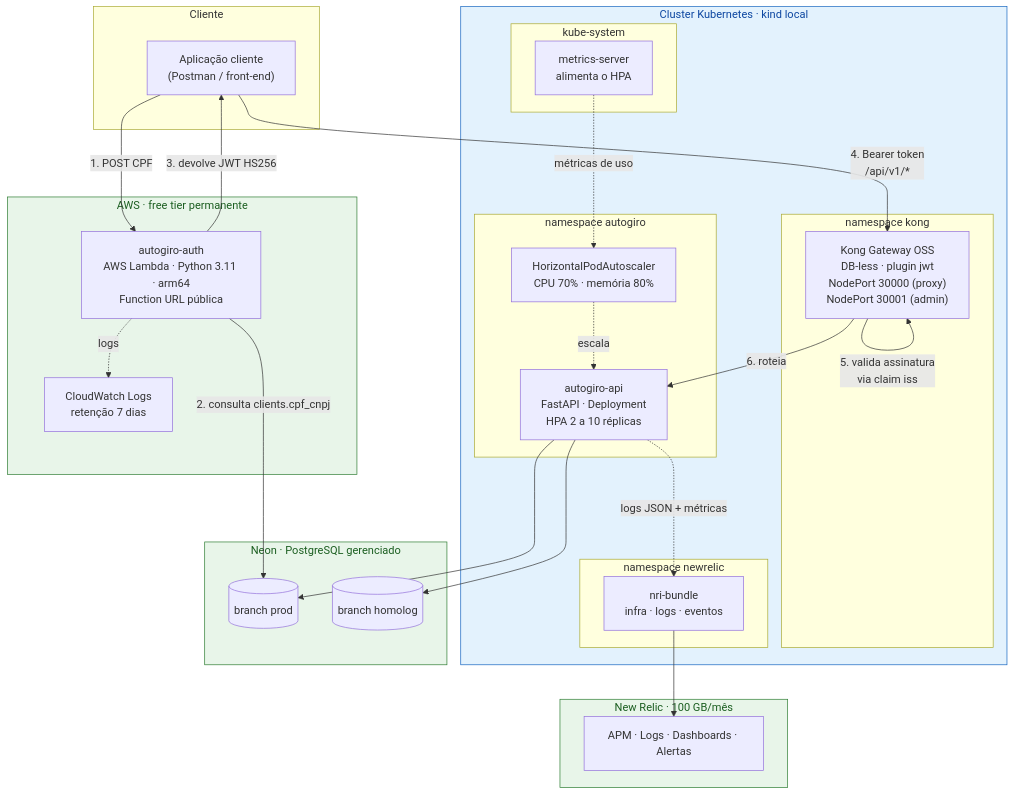
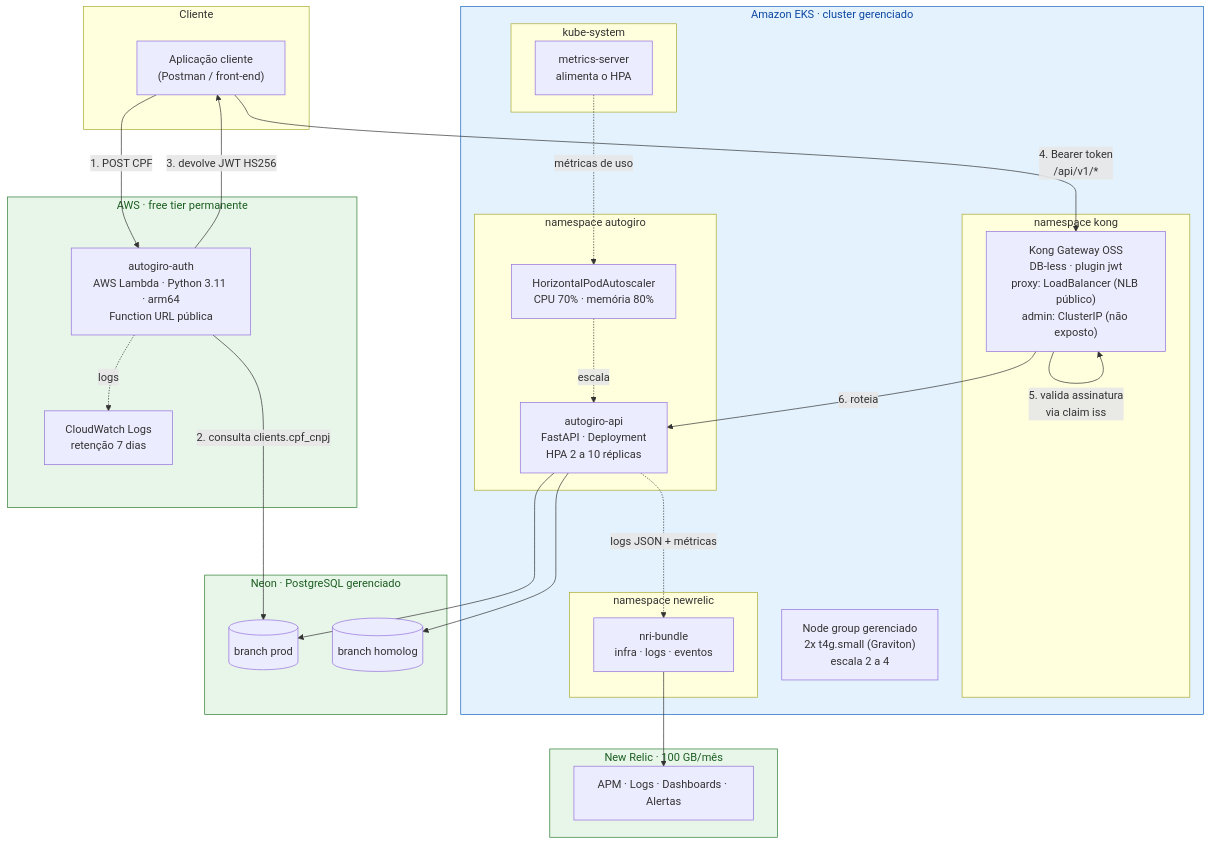
Before and after one commit to Figueiraa/autogiro-app: the first of 2 diagrams in docs/arquitetura/diagramas/01-componentes.md, drawn with Mermaid. The commit also changed other lines of this file, not shown here.

Commit message:
docs: atualiza o diagrama de componentes para o EKS
O diagrama ainda descrevia o cluster como kind local e o Kong exposto por
NodePort 30000/30001. Depois da migracao para EKS gerenciado, o proxy do Kong
e um Service LoadBalancer atras de um NLB publico e o admin permanece
ClusterIP.

Acrescenta o node group gerenciado ao desenho e corrige a tabela de
requisitos, que citava kind onde o enunciado pede cluster em nuvem.

Um documento que contradiz o codigo e pior que documento ausente: o avaliador
que abrir o repo depois de ver o video encontraria duas arquiteturas
diferentes.

````diff
--- a/docs/arquitetura/diagramas/01-componentes.md
+++ b/docs/arquitetura/diagramas/01-componentes.md
@@ -8,61 +8,63 @@
 ```mermaid
 flowchart TB
     subgraph cliente["Cliente"]
         APP["Aplicação cliente<br/>(Postman / front-end)"]
     end
 
     subgraph aws["AWS · free tier permanente"]
         LAMBDA["autogiro-auth<br/>AWS Lambda · Python 3.11 · arm64<br/>Function URL pública"]
         CW["CloudWatch Logs<br/>retenção 7 dias"]
     end
 
-    subgraph kind["Cluster Kubernetes · kind local"]
+    subgraph eks["Amazon EKS · cluster gerenciado"]
         subgraph nskong["namespace kong"]
-            KONG["Kong Gateway OSS<br/>DB-less · plugin jwt<br/>NodePort 30000 (proxy)<br/>NodePort 30001 (admin)"]
+            KONG["Kong Gateway OSS<br/>DB-less · plugin jwt<br/>proxy: LoadBalancer (NLB público)<br/>admin: ClusterIP (não exposto)"]
         end
 
         subgraph nsauto["namespace autogiro"]
             API["autogiro-api<br/>FastAPI · Deployment<br/>HPA 2 a 10 réplicas"]
             HPA["HorizontalPodAutoscaler<br/>CPU 70% · memória 80%"]
         end
 
         subgraph nssys["kube-system"]
             MS["metrics-server<br/>alimenta o HPA"]
         end
+
+        NODES["Node group gerenciado<br/>2x t4g.small (Graviton)<br/>escala 2 a 4"]
 
         subgraph nsnr["namespace newrelic"]
             NRI["nri-bundle<br/>infra · logs · eventos"]
         end
     end
 
     subgraph neon["Neon · PostgreSQL gerenciado"]
         DBPROD[("branch prod")]
         DBHOM[("branch homolog")]
     end
 
     subgraph nrcloud["New Relic · 100 GB/mês"]
         NR["APM · Logs · Dashboards · Alertas"]
     end
 
     APP -->|"1. POST CPF"| LAMBDA
     LAMBDA -->|"2. consulta clients.cpf_cnpj"| DBPROD
     LAMBDA -->|"3. devolve JWT HS256"| APP
     LAMBDA -.->|logs| CW
 
     APP -->|"4. Bearer token<br/>/api/v1/*"| KONG
     KONG -->|"5. valida assinatura<br/>via claim iss"| KONG
     KONG -->|"6. roteia"| API
 
     API --> DBPROD
     API --> DBHOM
     HPA -.->|escala| API
     MS -.->|métricas de uso| HPA
 
     API -.->|logs JSON + métricas| NRI
     NRI --> NR
 
-    classDef gratuito fill:#e8f5e9,stroke:#2e7d32,color:#1b5e20
-    classDef local fill:#e3f2fd,stroke:#1565c0,color:#0d47a1
-    class aws,neon,nrcloud gratuito
-    class kind local
+    classDef gratis fill:#e8f5e9,stroke:#2e7d32,color:#1b5e20
+    classDef pago fill:#e3f2fd,stroke:#1565c0,color:#0d47a1
+    class aws,neon,nrcloud gratis
+    class eks pago
 ```
````
